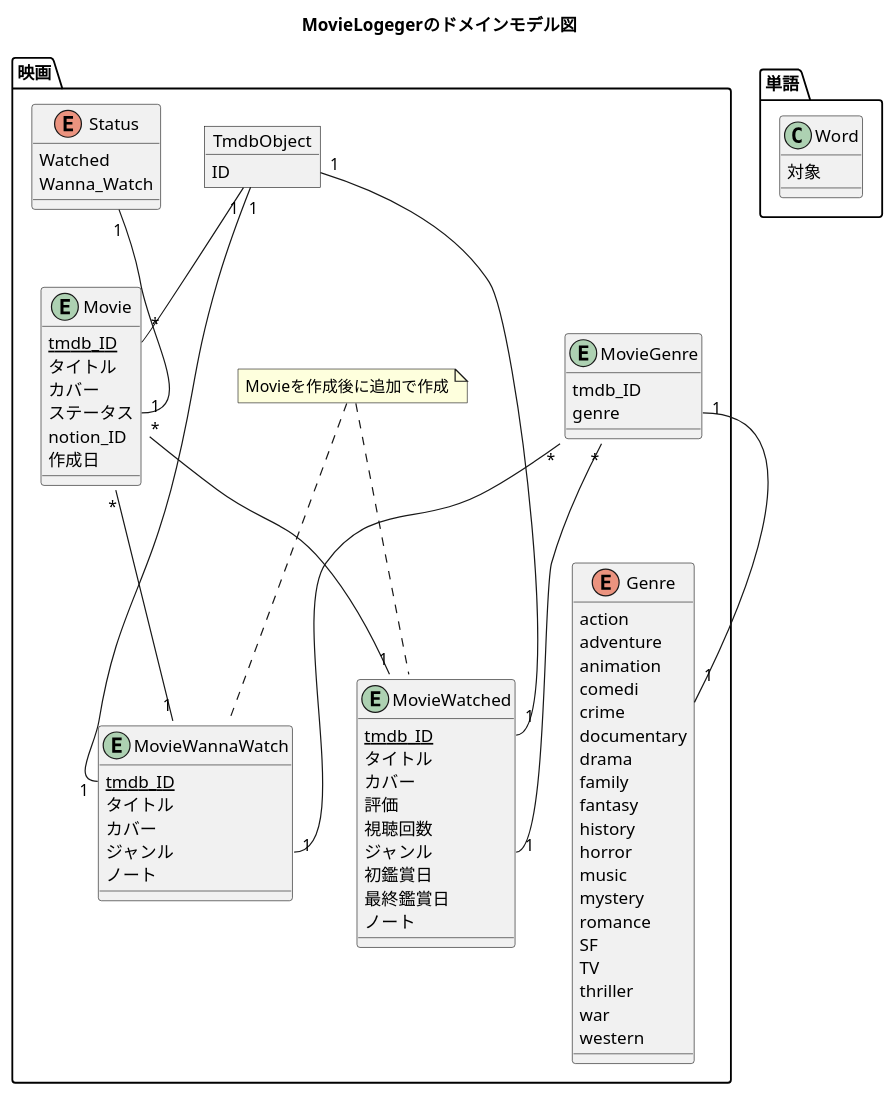
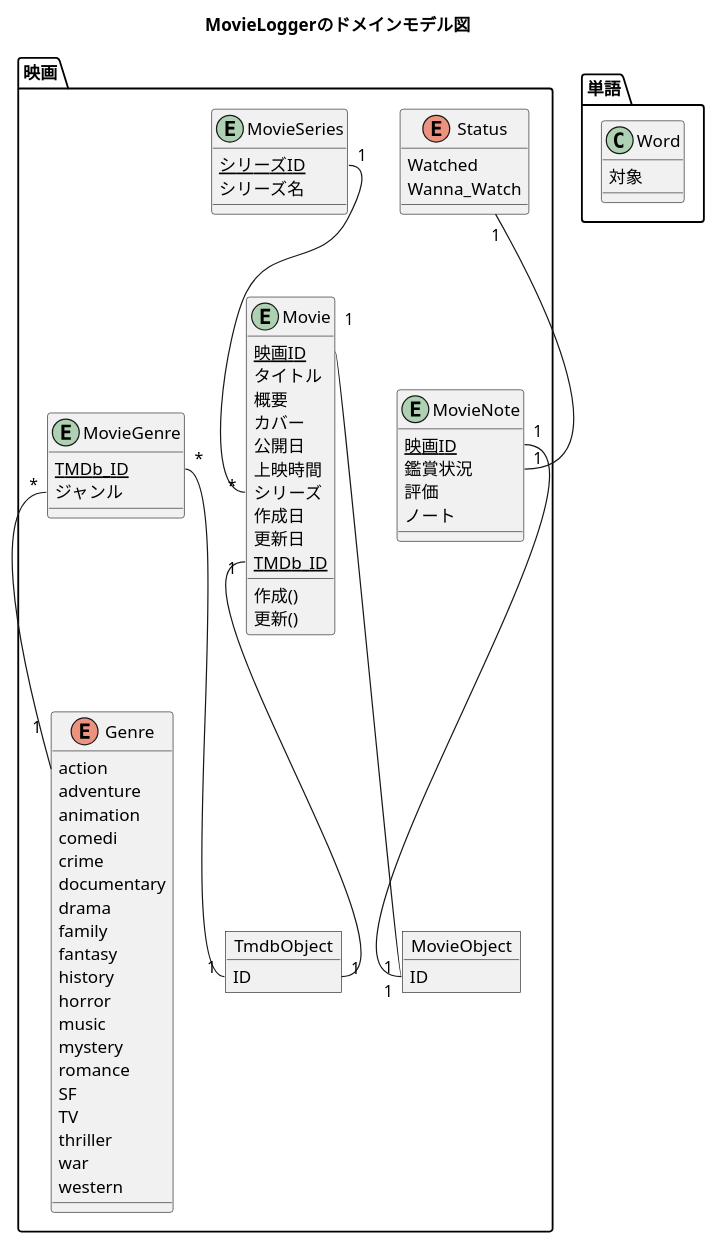
The diagram in api/docs/domain_model.puml (takeYY/filmography), drawn with PlantUML before and after one commit. The commit also changed 6 other files, not shown here.

```diff
--- a/api/docs/domain_model.puml
+++ b/api/docs/domain_model.puml
@@ -1,101 +1,100 @@
-@startuml movie_logger_domain_model
-title MovieLogegerのドメインモデル図
+@startuml fig_domain_model
+title MovieLoggerのドメインモデル図
 
 package 映画 {
   ' MODEL '
-  entity MovieWannaWatch {
-    {static} tmdb_ID
+  object MovieObject {
+    ID
+  }
+
+  entity Movie {
+    {static} 映画ID
     タイトル
+    概要
     カバー
-    ジャンル
+    公開日
+    上映時間
+    シリーズ
+    作成日
+    更新日
+    {static} TMDb_ID
+
+    作成()
+    更新()
+  }
+
+  entity MovieNote {
+    {static} 映画ID
+    鑑賞状況
+    評価
     ノート
   }
 
-  entity MovieWatched {
-    {static} tmdb_ID
-    タイトル
-    カバー
-    評価
-    視聴回数
-    ジャンル
-    初鑑賞日
-    最終鑑賞日
-    ノート
-  }
-
-  entity Movie {
-    {static} tmdb_ID
-    タイトル
-    カバー
-    ステータス
-    notion_ID
-    作成日
+  entity MovieSeries {
+    {static} シリーズID
+    シリーズ名
   }
 
   object TmdbObject {
     ID
   }
 
   enum Status {
     Watched
     Wanna_Watch
   }
 
   entity MovieGenre{
-    tmdb_ID
-    genre
+    {static} TMDb_ID
+    ジャンル
   }
 
   enum Genre {
     action
     adventure
     animation
     comedi
     crime
     documentary
     drama
     family
     fantasy
     history
     horror
     music
     mystery
     romance
     SF
     TV
     thriller
     war
     western
   }
 
 
-  ' RELATION '
-  Movie "*" -- "1" MovieWannaWatch
-  Movie "*" -- "1" MovieWatched
 
-  TmdbObject "1" -- "*" Movie::tmdb_ID
-  TmdbObject "1" -- "1" MovieWannaWatch::tmdb_ID
-  TmdbObject "1" -- "1" MovieWatched::tmdb_ID
-
-  Status "1" -- "1" Movie::ステータス
-
-  MovieGenre::genre "1" -- "1" Genre
-  MovieGenre "*" -- "1" MovieWannaWatch::ジャンル
-  MovieGenre "*" -- "1" MovieWatched::ジャンル
+  ' Note '
+  ' ???
 
 
-  ' NOTE '
-  note as note_Movie
-    Movieを作成後に追加で作成
-  end note
-  note_Movie .. MovieWannaWatch
-  note_Movie .. MovieWatched
+  ' RELATION '
+  Movie::映画ID "1" -- "1" MovieObject::ID
+  Movie::TMDb_ID "1" -- "1" TmdbObject::ID
+
+  MovieNote::映画ID "1" -- "1" MovieObject::ID
+
+  Status "1" -- "1" MovieNote::鑑賞状況
+
+  MovieGenre::TMDb_ID "*" -- "1" TmdbObject::ID
+  MovieGenre::ジャンル "*" -- "1" Genre
+
+  MovieSeries::シリーズID "1" -- "*" Movie::シリーズ
 }
 
 package 単語 {
   class Word {
     対象
   }
 }
 
 @enduml
```
